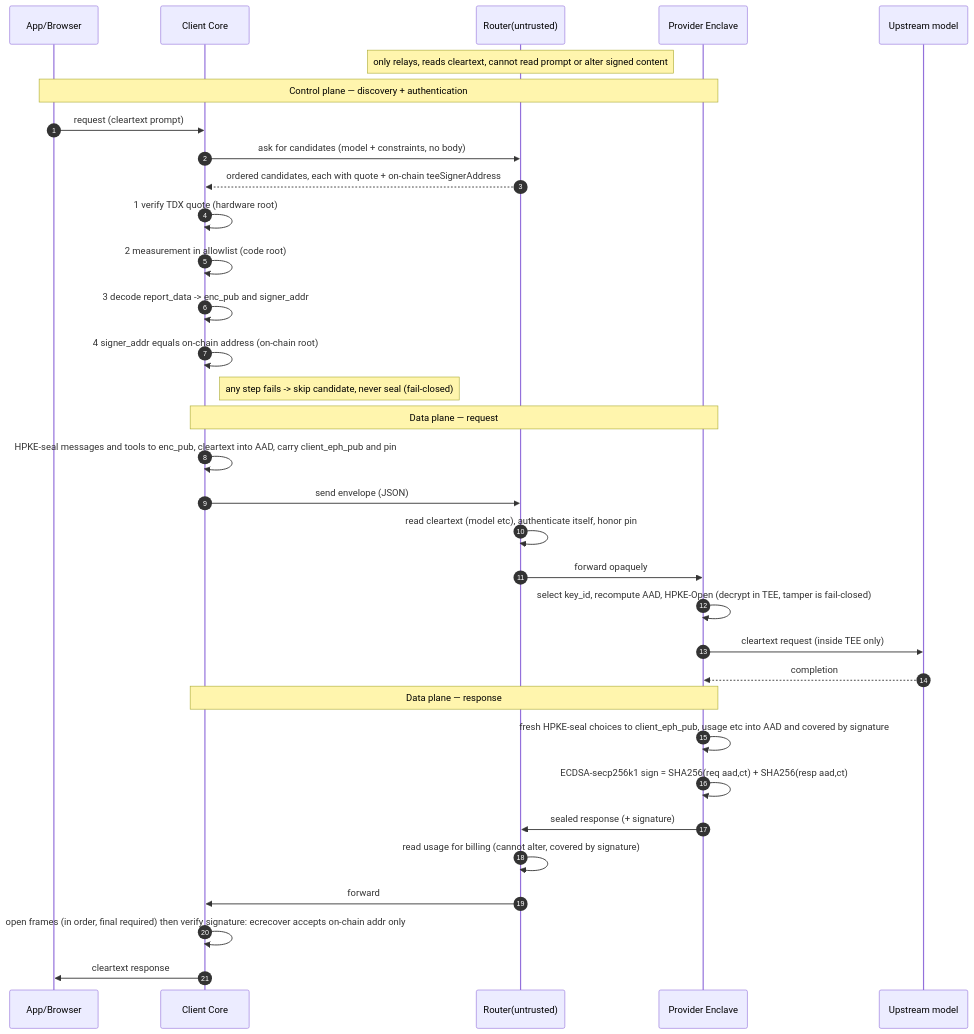
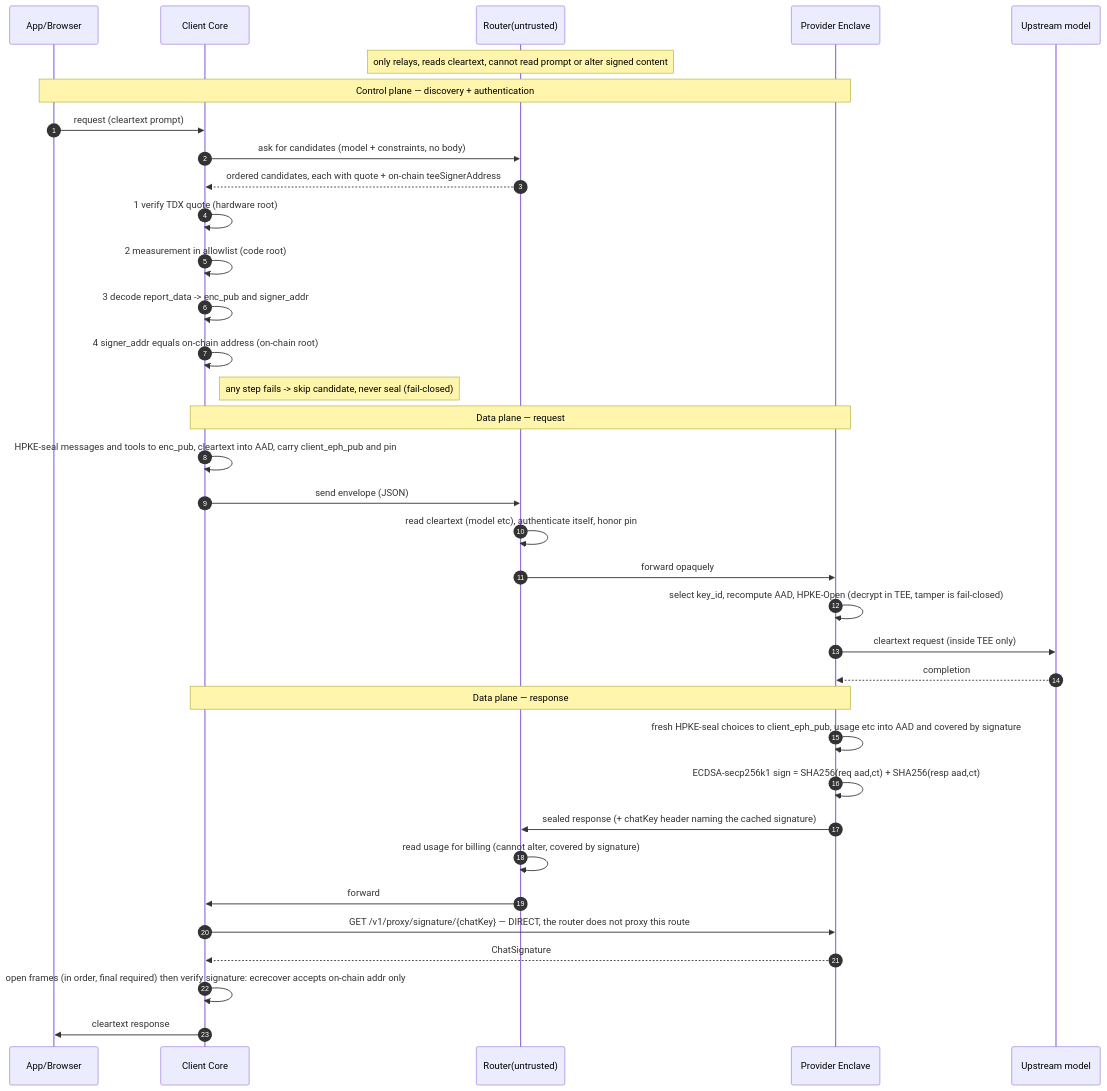
The second of 2 diagrams in docs/design/trust-chain.md (0gfoundation/0g-pc-e2ee), drawn with Mermaid before and after one commit. The commit also changed other lines of this file and 32 other files, not shown here.

````diff
--- a/docs/design/trust-chain.md
+++ b/docs/design/trust-chain.md
@@ -50,39 +61,41 @@
 ```mermaid
 sequenceDiagram
     autonumber
     participant App as App/Browser
     participant C as Client Core
     participant R as Router(untrusted)
     participant E as Provider Enclave
     participant M as Upstream model
 
     Note over R: only relays, reads cleartext, cannot read prompt or alter signed content
 
     Note over App,E: Control plane — discovery + authentication
     App->>C: request (cleartext prompt)
     C->>R: ask for candidates (model + constraints, no body)
     R-->>C: ordered candidates, each with quote + on-chain teeSignerAddress
     C->>C: 1 verify TDX quote (hardware root)
     C->>C: 2 measurement in allowlist (code root)
     C->>C: 3 decode report_data -> enc_pub and signer_addr
     C->>C: 4 signer_addr equals on-chain address (on-chain root)
     Note right of C: any step fails -> skip candidate, never seal (fail-closed)
 
     Note over C,E: Data plane — request
     C->>C: HPKE-seal messages and tools to enc_pub, cleartext into AAD, carry client_eph_pub and pin
     C->>R: send envelope (JSON)
     R->>R: read cleartext (model etc), authenticate itself, honor pin
     R->>E: forward opaquely
     E->>E: select key_id, recompute AAD, HPKE-Open (decrypt in TEE, tamper is fail-closed)
     E->>M: cleartext request (inside TEE only)
     M-->>E: completion
 
     Note over C,E: Data plane — response
     E->>E: fresh HPKE-seal choices to client_eph_pub, usage etc into AAD and covered by signature
     E->>E: ECDSA-secp256k1 sign = SHA256(req aad,ct) + SHA256(resp aad,ct)
-    E->>R: sealed response (+ signature)
+    E->>R: sealed response (+ chatKey header naming the cached signature)
     R->>R: read usage for billing (cannot alter, covered by signature)
     R->>C: forward
+    C->>E: GET /v1/proxy/signature/{chatKey} — DIRECT, the router does not proxy this route
+    E-->>C: ChatSignature
     C->>C: open frames (in order, final required) then verify signature: ecrecover accepts on-chain addr only
     C->>App: cleartext response
 ```
````
